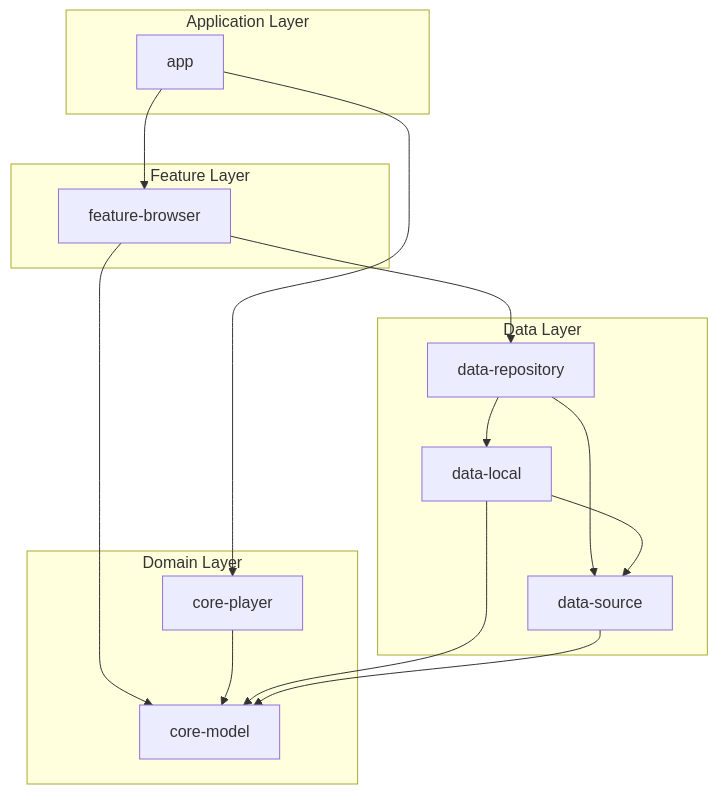
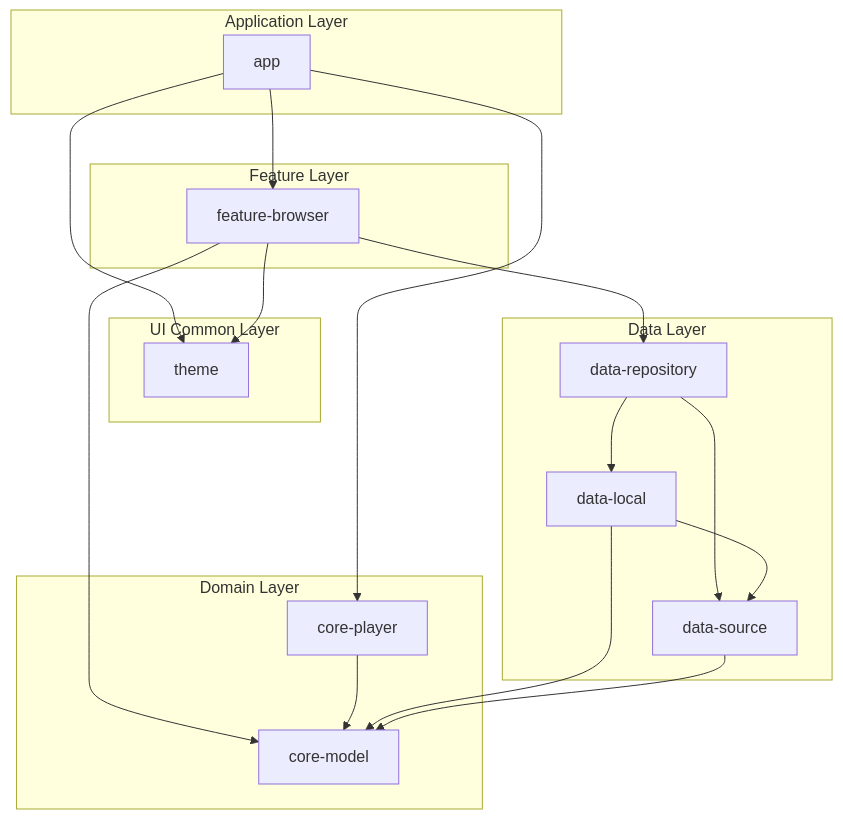
One commit to mob-wo/ModularStreamPlayer changed the first of 3 diagrams in Technical Design Document-Phase1.md. Above: the diagram before and after it, drawn with Mermaid. The commit also changed other lines of this file and 5 other files, not shown here.

````diff
--- a/Technical Design Document-Phase1.md
+++ b/Technical Design Document-Phase1.md
@@ -15,38 +13,43 @@
 ```mermaid
 graph TD
     subgraph "Application Layer"
         app
     end
 
     subgraph "Feature Layer"
         feature_browser["feature-browser"]
+    end
+    
+    subgraph "UI Common Layer"
+        theme["theme"]
     end
 
     subgraph "Domain Layer"
         core_model["core-model"]
         core_player["core-player"]
     end
 
     subgraph "Data Layer"
         data_repository["data-repository"]
         data_source["data-source"]
         data_local["data-local"]
     end
 
     app --> feature_browser
     app --> core_player
+    app --> theme
 
     feature_browser --> core_model
     feature_browser --> data_repository
+    feature_browser --> theme
 
     core_player --> core_model
 
     data_repository --> data_source
     data_repository --> data_local
     
     data_local --> data_source
     data_local --> core_model
     
     data_source --> core_model
-
 ```
````
